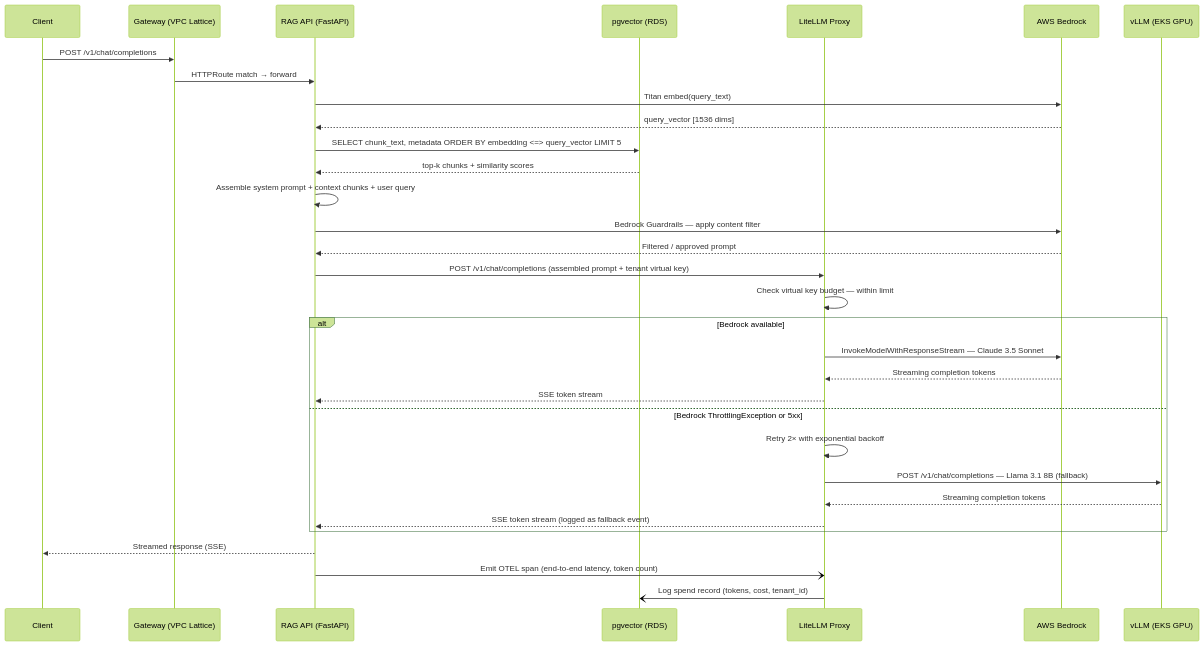
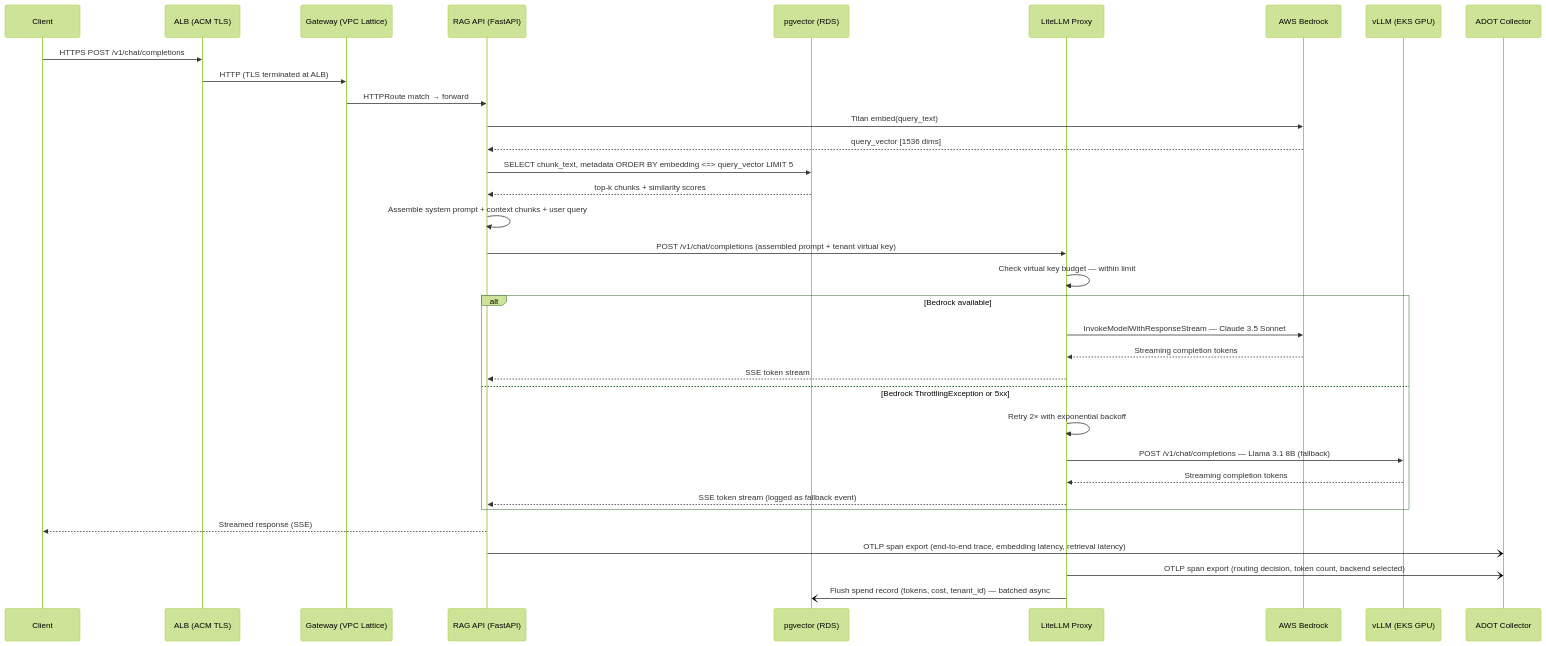
The diagram in docs/architecture/03-request-flow.md (girishn/rag-platform-eks), drawn with Mermaid (forest theme) before and after one commit. The commit also changed 4 other files, not shown here.

````diff
--- a/docs/architecture/03-request-flow.md
+++ b/docs/architecture/03-request-flow.md
@@ -7,47 +7,49 @@
 ```mermaid
 sequenceDiagram
     participant C as Client
+    participant A as ALB (ACM TLS)
     participant G as Gateway (VPC Lattice)
     participant R as RAG API (FastAPI)
     participant P as pgvector (RDS)
     participant L as LiteLLM Proxy
     participant B as AWS Bedrock
     participant V as vLLM (EKS GPU)
+    participant ADOT as ADOT Collector
 
-    C->>G: POST /v1/chat/completions
+    C->>A: HTTPS POST /v1/chat/completions
+    A->>G: HTTP (TLS terminated at ALB)
     G->>R: HTTPRoute match → forward
 
     %% Query embedding
     R->>B: Titan embed(query_text)
     B-->>R: query_vector [1536 dims]
 
     %% Vector retrieval
     R->>P: SELECT chunk_text, metadata ORDER BY embedding <=> query_vector LIMIT 5
     P-->>R: top-k chunks + similarity scores
 
-    %% Prompt assembly + guardrails
+    %% Prompt assembly
     R->>R: Assemble system prompt + context chunks + user query
-    R->>B: Bedrock Guardrails — apply content filter
-    B-->>R: Filtered / approved prompt
 
     %% LLM routing
     R->>L: POST /v1/chat/completions (assembled prompt + tenant virtual key)
     L->>L: Check virtual key budget — within limit
 
     alt Bedrock available
         L->>B: InvokeModelWithResponseStream — Claude 3.5 Sonnet
         B-->>L: Streaming completion tokens
         L-->>R: SSE token stream
     else Bedrock ThrottlingException or 5xx
         L->>L: Retry 2× with exponential backoff
         L->>V: POST /v1/chat/completions — Llama 3.1 8B (fallback)
         V-->>L: Streaming completion tokens
         L-->>R: SSE token stream (logged as fallback event)
     end
 
     R-->>C: Streamed response (SSE)
 
     %% Async observability
-    R-)L: Emit OTEL span (end-to-end latency, token count)
-    L-)P: Log spend record (tokens, cost, tenant_id)
+    R-)ADOT: OTLP span export (end-to-end trace, embedding latency, retrieval latency)
+    L-)ADOT: OTLP span export (routing decision, token count, backend selected)
+    L-)P: Flush spend record (tokens, cost, tenant_id) — batched async
 ```
````
